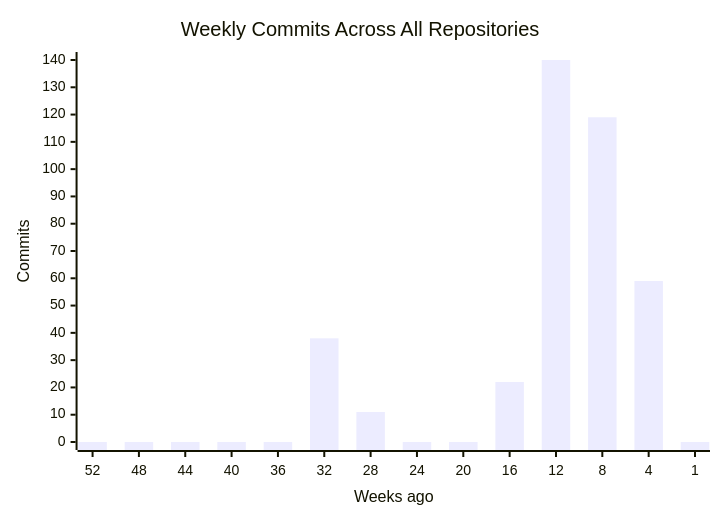
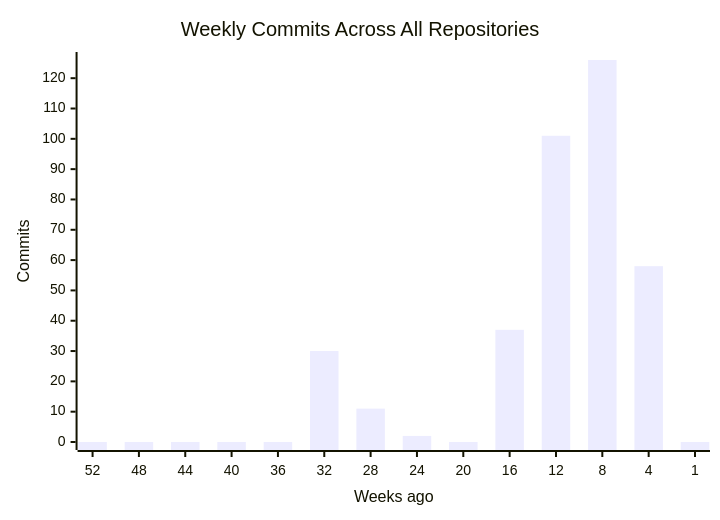
The first of 4 diagrams in profile/README.md (CSTH-Projects/.github), drawn with Mermaid before and after one commit. The commit also changed other lines of this file, not shown here.

````diff
--- a/profile/README.md
+++ b/profile/README.md
@@ -16,7 +16,7 @@
 ```mermaid
 xychart-beta
     title "Weekly Commits Across All Repositories"
     x-axis "Weeks ago" [52, 48, 44, 40, 36, 32, 28, 24, 20, 16, 12, 8, 4, 1]
     y-axis "Commits"
-    bar [0, 0, 0, 0, 0, 38, 11, 0, 0, 22, 140, 119, 59, 0]
+    bar [0, 0, 0, 0, 0, 30, 11, 2, 0, 37, 101, 126, 58, 0]
 ```
````
